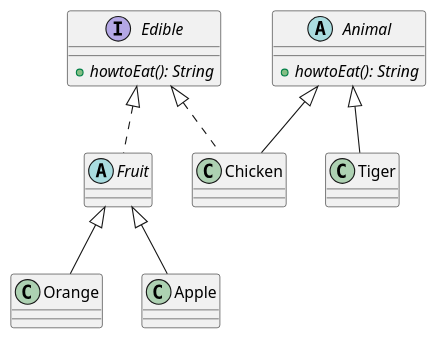
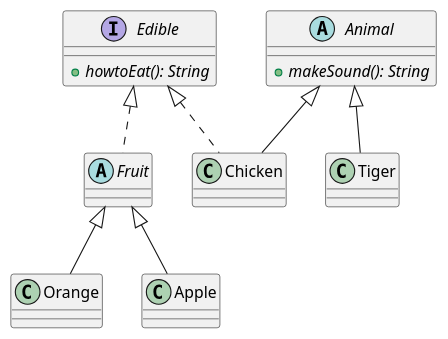
The diagram in uml.puml (codegym-vn/pf-java-fruit), drawn with PlantUML before and after one commit.

Commit message:
update uml

```diff
--- a/uml.puml
+++ b/uml.puml
@@ -1,21 +1,21 @@
 @startuml
 
 interface Edible {
     + {abstract} howtoEat(): String
 }
 
 abstract class Animal {
-    + {abstract} howtoEat(): String
+    + {abstract} makeSound(): String
 }
 
 class Tiger extends Animal
 
 class Chicken extends Animal implements Edible
 
 abstract class Fruit implements Edible
 
 class Orange extends Fruit
 
 class Apple extends Fruit
 
 @enduml
```
